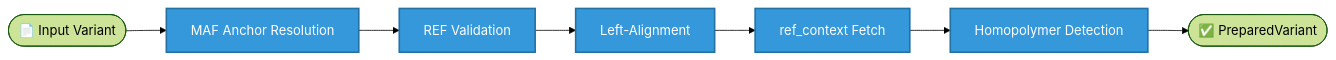
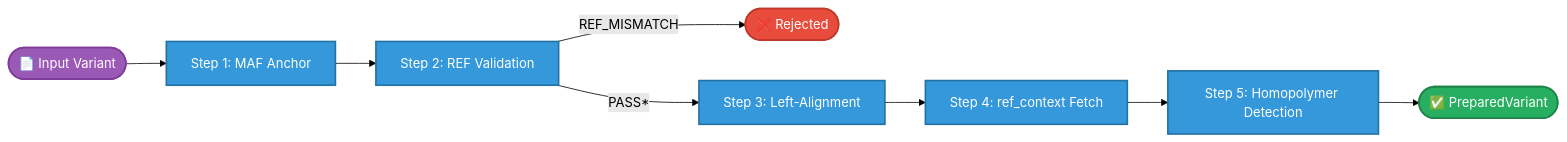
The first of 5 diagrams in docs/reference/variant-normalization.md (msk-access/gbcms), drawn with Mermaid (forest theme) before and after one commit. The commit also changed other lines of this file and 9 other files, not shown here.

````diff
--- a/docs/reference/variant-normalization.md
+++ b/docs/reference/variant-normalization.md
@@ -15,12 +15,16 @@
 ```mermaid
 flowchart LR
-    Input([📄 Input Variant]) --> S1[MAF Anchor Resolution]
-    S1 --> S2[REF Validation]
-    S2 --> S3[Left-Alignment]
-    S3 --> S4[ref_context Fetch]
-    S4 --> S5[Homopolymer Detection]
-    S5 --> Output([✅ PreparedVariant])
+    Input(["📄 Input Variant"]):::start --> S1["Step 1: MAF Anchor"]
+    S1 --> S2["Step 2: REF Validation"]
+    S2 -->|"REF_MISMATCH"| Fail(["❌ Rejected"]):::fail
+    S2 -->|"PASS*"| S3["Step 3: Left-Alignment"]
+    S3 --> S4["Step 4: ref_context Fetch"]
+    S4 --> S5["Step 5: Homopolymer Detection"]
+    S5 --> Output(["✅ PreparedVariant"]):::pass
 
+    classDef start fill:#9b59b6,color:#fff,stroke:#7d3c98,stroke-width:2px;
     classDef step fill:#3498db,color:#fff,stroke:#2471a3,stroke-width:2px;
+    classDef fail fill:#e74c3c,color:#fff,stroke:#c0392b,stroke-width:2px;
+    classDef pass fill:#27ae60,color:#fff,stroke:#1e8449,stroke-width:2px;
     class S1,S2,S3,S4,S5 step;
 ```
````
